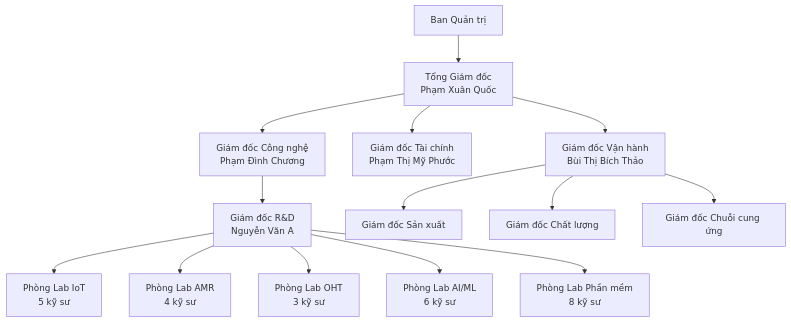
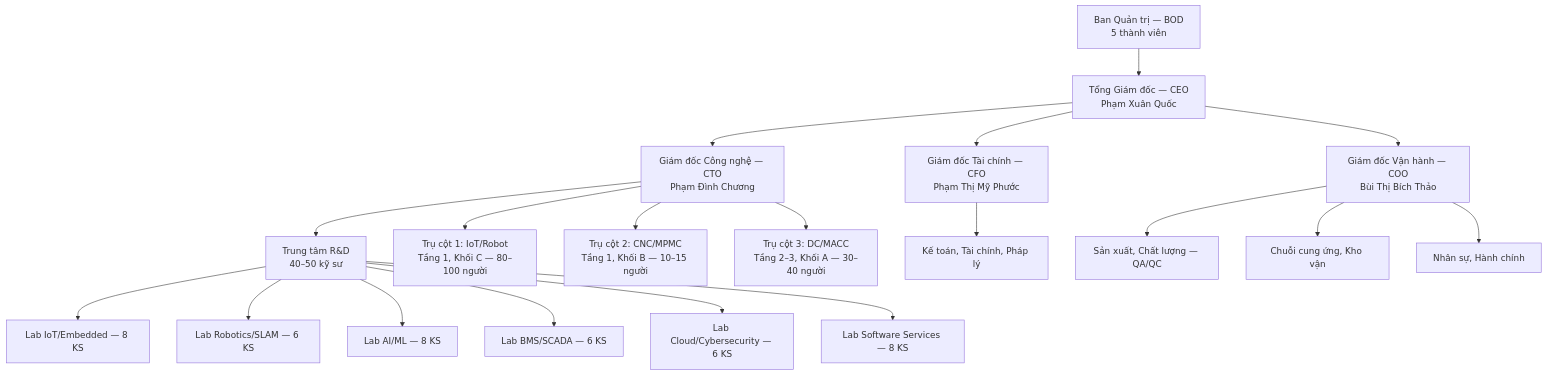
Before and after one commit to Mekong-HCM/MEKONG_TECHNOLOGY: the first of 4 diagrams in TRINH_BAY_KCNC/MAU_1.4_HOAN_TAT.md, drawn with Mermaid. The commit also changed other lines of this file and 268 other files, not shown here.

Commit message:
Update: doi anh iot-04 sang AMRRobots, them tai lieu MAU_1.4, mermaid diagrams, scripts convert

````diff
--- a/TRINH_BAY_KCNC/MAU_1.4_HOAN_TAT.md
+++ b/TRINH_BAY_KCNC/MAU_1.4_HOAN_TAT.md
@@ -53,18 +64,49 @@
 ```mermaid
-flowchart TB
-    HĐQT[Ban Quản trị] --> TGĐ[Tổng Giám đốc<br/>Phạm Xuân Quốc]
-    TGĐ --> CTO[Giám đốc Công nghệ<br/>Phạm Đình Chương]
-    TGĐ --> CFO[Giám đốc Tài chính<br/>Phạm Thị Mỹ Phước]
-    TGĐ --> COO[Giám đốc Vận hành<br/>Bùi Thị Bích Thảo]
-    
-    CTO --> RD_Director[Giám đốc R&D<br/>Nguyễn Văn A]
-    RD_Director --> IoT_Lab[Phòng Lab IoT<br/>5 kỹ sư]
-    RD_Director --> AMR_Lab[Phòng Lab AMR<br/>4 kỹ sư]
-    RD_Director --> OHT_Lab[Phòng Lab OHT<br/>3 kỹ sư]
-    RD_Director --> AI_Lab[Phòng Lab AI/ML<br/>6 kỹ sư]
-    RD_Director --> SW_Lab[Phòng Lab Phần mềm<br/>8 kỹ sư]
-    
-    COO --> Production[Giám đốc Sản xuất]
-    COO --> Quality[Giám đốc Chất lượng]
-    COO --> Supply[Giám đốc Chuỗi cung ứng]
+graph TD
+    BOD["Ban Quản trị — BOD<br/>5 thành viên"]
+    CEO["Tổng Giám đốc — CEO<br/>Phạm Xuân Quốc"]
+    CTO["Giám đốc Công nghệ — CTO<br/>Phạm Đình Chương"]
+    CFO["Giám đốc Tài chính — CFO<br/>Phạm Thị Mỹ Phước"]
+    COO["Giám đốc Vận hành — COO<br/>Bùi Thị Bích Thảo"]
+
+    RD["Trung tâm R&D<br/>40–50 kỹ sư"]
+    LAB1["Lab IoT/Embedded — 8 KS"]
+    LAB2["Lab Robotics/SLAM — 6 KS"]
+    LAB3["Lab AI/ML — 8 KS"]
+    LAB4["Lab BMS/SCADA — 6 KS"]
+    LAB5["Lab Cloud/Cybersecurity — 6 KS"]
+    LAB6["Lab Software Services — 8 KS"]
+
+    TC1["Trụ cột 1: IoT/Robot<br/>Tầng 1, Khối C — 80–100 người"]
+    TC2["Trụ cột 2: CNC/MPMC<br/>Tầng 1, Khối B — 10–15 người"]
+    TC3["Trụ cột 3: DC/MACC<br/>Tầng 2–3, Khối A — 30–40 người"]
+
+    FIN["Kế toán, Tài chính, Pháp lý"]
+
+    SX["Sản xuất, Chất lượng — QA/QC"]
+    SC["Chuỗi cung ứng, Kho vận"]
+    HR["Nhân sự, Hành chính"]
+
+    BOD --> CEO
+    CEO --> CTO
+    CEO --> CFO
+    CEO --> COO
+
+    CTO --> RD
+    RD --> LAB1
+    RD --> LAB2
+    RD --> LAB3
+    RD --> LAB4
+    RD --> LAB5
+    RD --> LAB6
+
+    CTO --> TC1
+    CTO --> TC2
+    CTO --> TC3
+
+    CFO --> FIN
+
+    COO --> SX
+    COO --> SC
+    COO --> HR
 ```
````
